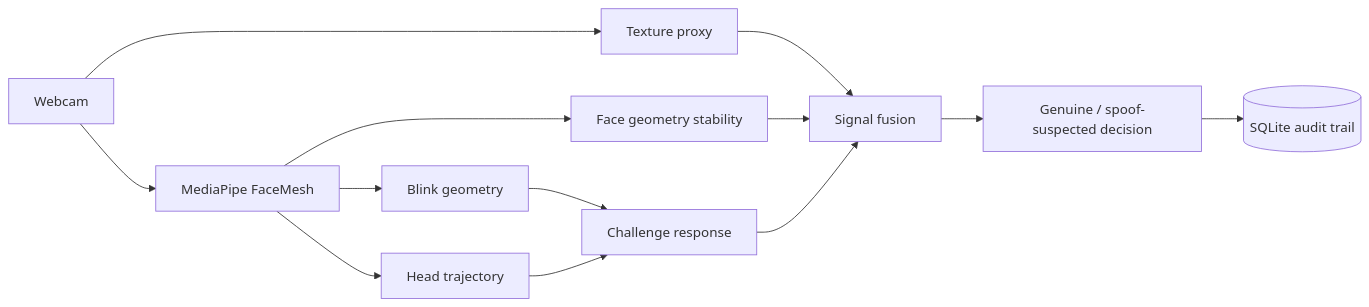
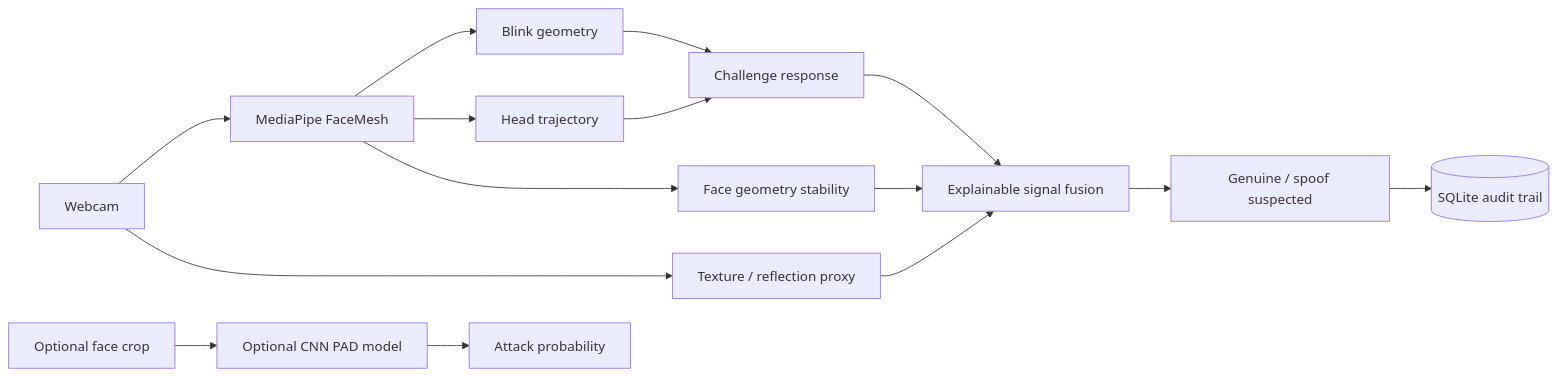
The diagram in README.md (rsswethaa/anti-spoofing-system), drawn with Mermaid before and after one commit. The commit also changed other lines of this file, not shown here.

Commit message:
Document CNN and attack-specific anti-spoofing product path

````diff
--- a/README.md
+++ b/README.md
@@ -25,15 +23,17 @@
 ```mermaid
 flowchart LR
   C[Webcam] --> F[MediaPipe FaceMesh]
-  C --> T[Texture proxy]
+  C --> T[Texture / reflection proxy]
   F --> E[Blink geometry]
   F --> H[Head trajectory]
   F --> G[Face geometry stability]
   E --> CH[Challenge response]
   H --> CH
-  T --> X[Signal fusion]
+  T --> X[Explainable signal fusion]
   G --> X
   CH --> X
-  X --> D[Genuine / spoof-suspected decision]
+  X --> D[Genuine / spoof suspected]
   D --> DB[(SQLite audit trail)]
+  I[Optional face crop] --> CNN[Optional CNN PAD model]
+  CNN --> P[Attack probability]
 ```
````
